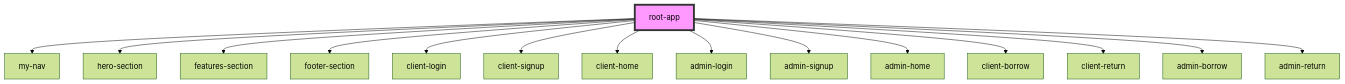
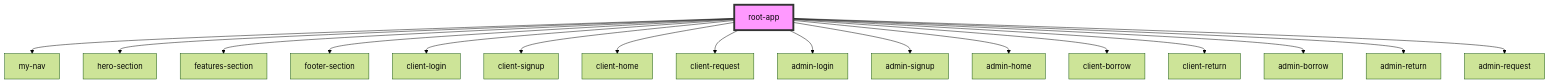
The diagram in src/components/root-app/readme.md (syedAfnan-24/stencil-components-for-LMS), drawn with Mermaid (forest theme) before and after one commit. The commit also changed other lines of this file and 28 other files, not shown here.

Commit message:
added request book option in client side on admin side...added approve or reject request to borrow the book

````diff
--- a/src/components/root-app/readme.md
+++ b/src/components/root-app/readme.md
@@ -28,18 +30,20 @@
 ```mermaid
 graph TD;
   root-app --> my-nav
   root-app --> hero-section
   root-app --> features-section
   root-app --> footer-section
   root-app --> client-login
   root-app --> client-signup
   root-app --> client-home
+  root-app --> client-request
   root-app --> admin-login
   root-app --> admin-signup
   root-app --> admin-home
   root-app --> client-borrow
   root-app --> client-return
   root-app --> admin-borrow
   root-app --> admin-return
+  root-app --> admin-request
   style root-app fill:#f9f,stroke:#333,stroke-width:4px
 ```
````
